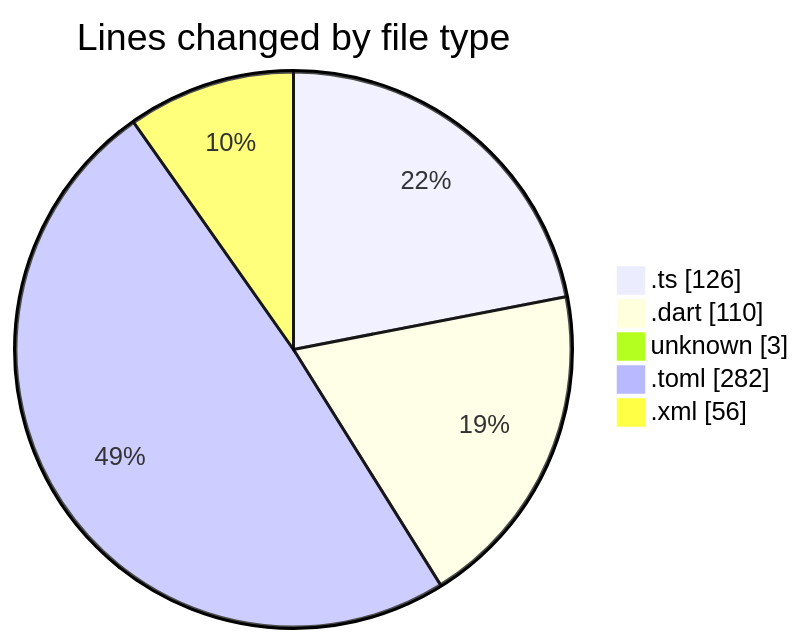
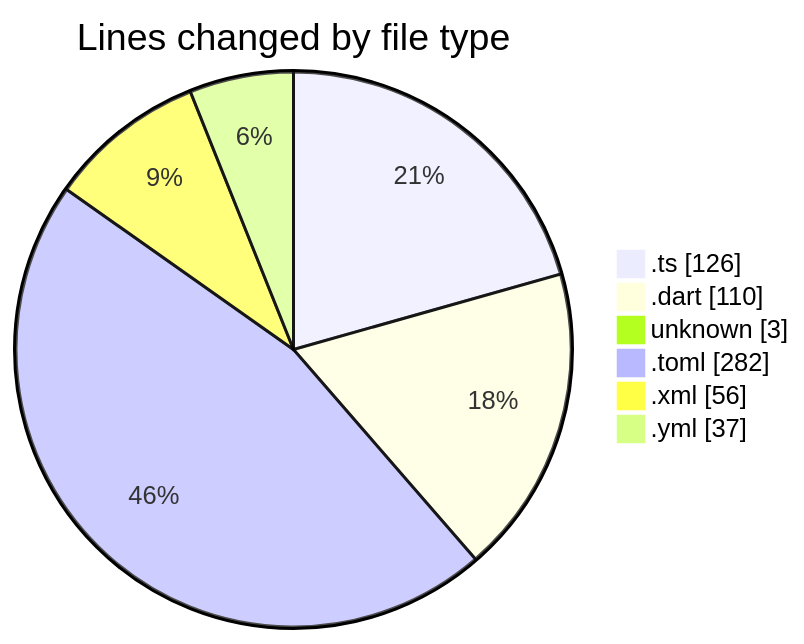
The first of 2 diagrams in 2025-02-09/maps_clone/README.md (donsfak/code-tracking), drawn with Mermaid before and after one commit. The commit also changed other lines of this file and 1 other file, not shown here.

````diff
--- a/2025-02-09/maps_clone/README.md
+++ b/2025-02-09/maps_clone/README.md
@@ -25,9 +26,10 @@
 ```mermaid
 pie showData
 title Lines changed by file type
 ".ts" : 126
 ".dart" : 110
 "unknown" : 3
 ".toml" : 282
 ".xml" : 56
+".yml" : 37
 ```
````
